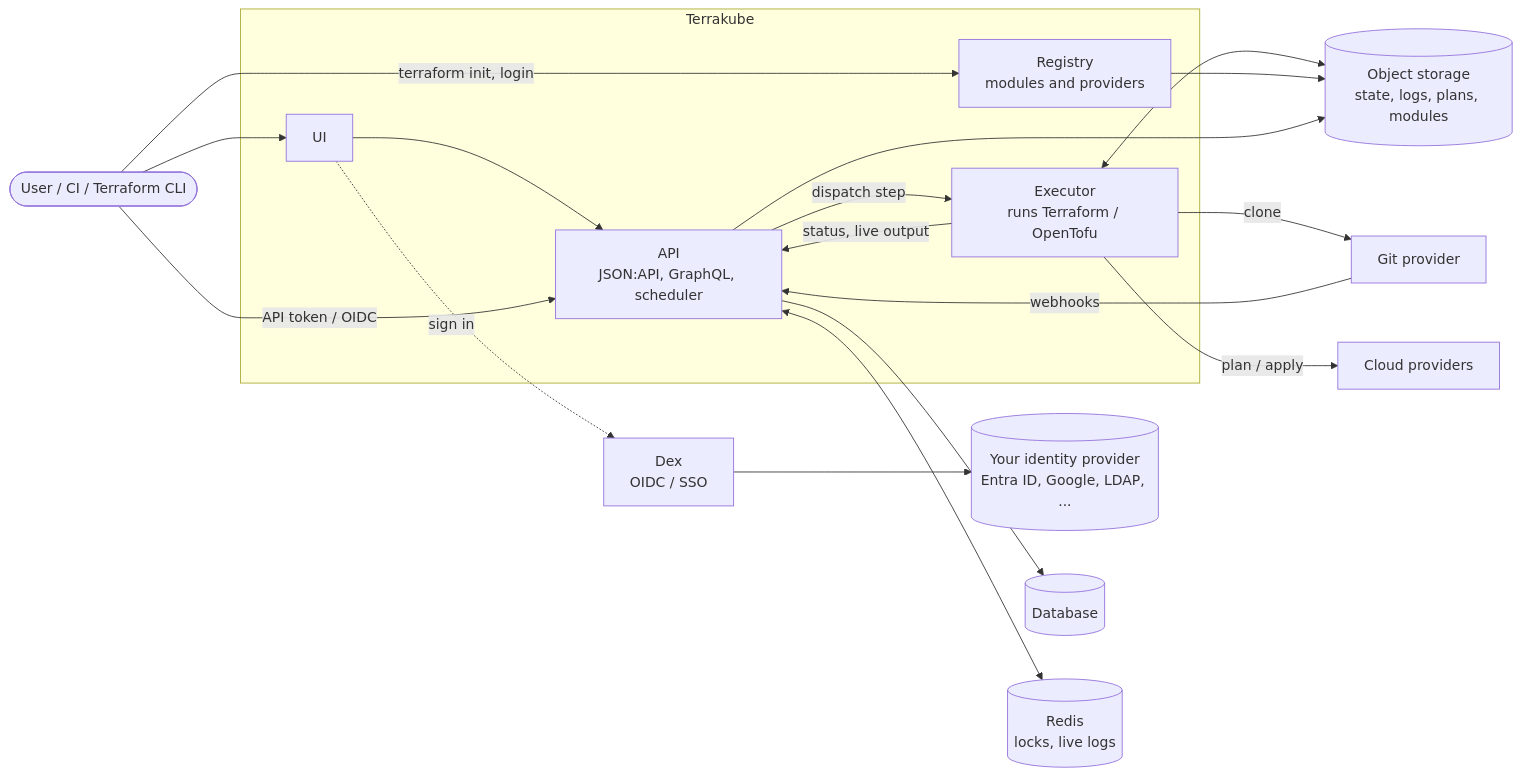
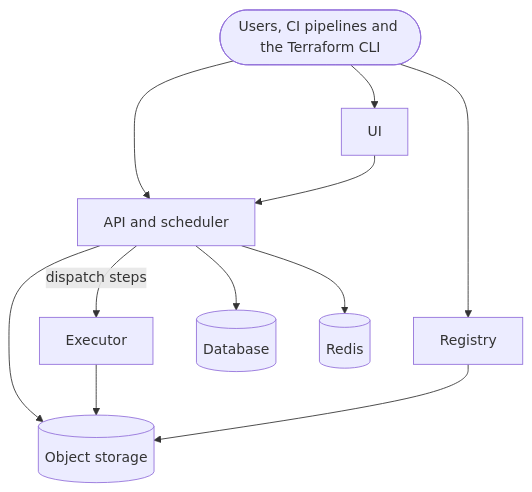
One commit to terrakube-io/docs changed the first of 2 diagrams in getting-started/design-and-architecture.md. Above: the diagram before and after it, drawn with Mermaid. The commit also changed other lines of this file and 2 other files, not shown here.

Commit message:
docs: simplify the architecture, run lifecycle and identity diagrams

````diff
--- a/getting-started/design-and-architecture.md
+++ b/getting-started/design-and-architecture.md
@@ -5,34 +5,14 @@
 ```mermaid
-flowchart LR
-    user([User / CI / Terraform CLI])
-
-    subgraph Terrakube
-        ui[UI]
-        api[API<br/>JSON:API, GraphQL, scheduler]
-        exec[Executor<br/>runs Terraform / OpenTofu]
-        reg[Registry<br/>modules and providers]
-    end
-
-    dex[Dex<br/>OIDC / SSO]
-    idp[(Your identity provider<br/>Entra ID, Google, LDAP, ...)]
-    db[(Database)]
-    redis[(Redis<br/>locks, live logs)]
-    store[(Object storage<br/>state, logs, plans, modules)]
-    vcs[Git provider]
-    cloud[Cloud providers]
-
-    user --> ui --> api
-    user -->|API token / OIDC| api
-    user -->|terraform init, login| reg
-    ui -. sign in .-> dex --> idp
-    api --> db
-    api <--> redis
-    api -->|dispatch step| exec
-    exec -->|status, live output| api
-    exec <--> store
-    exec -->|clone| vcs
-    exec -->|plan / apply| cloud
+flowchart TB
+    clients([Users, CI pipelines and the Terraform CLI])
+    clients --> ui[UI]
+    clients --> api[API and scheduler]
+    clients --> reg[Registry]
+    ui --> api
+    api -->|dispatch steps| exec[Executor]
+    api --> db[(Database)]
+    api --> redis[(Redis)]
+    api --> store[(Object storage)]
+    exec --> store
     reg --> store
-    api --> store
-    vcs -->|webhooks| api
 ```
````
